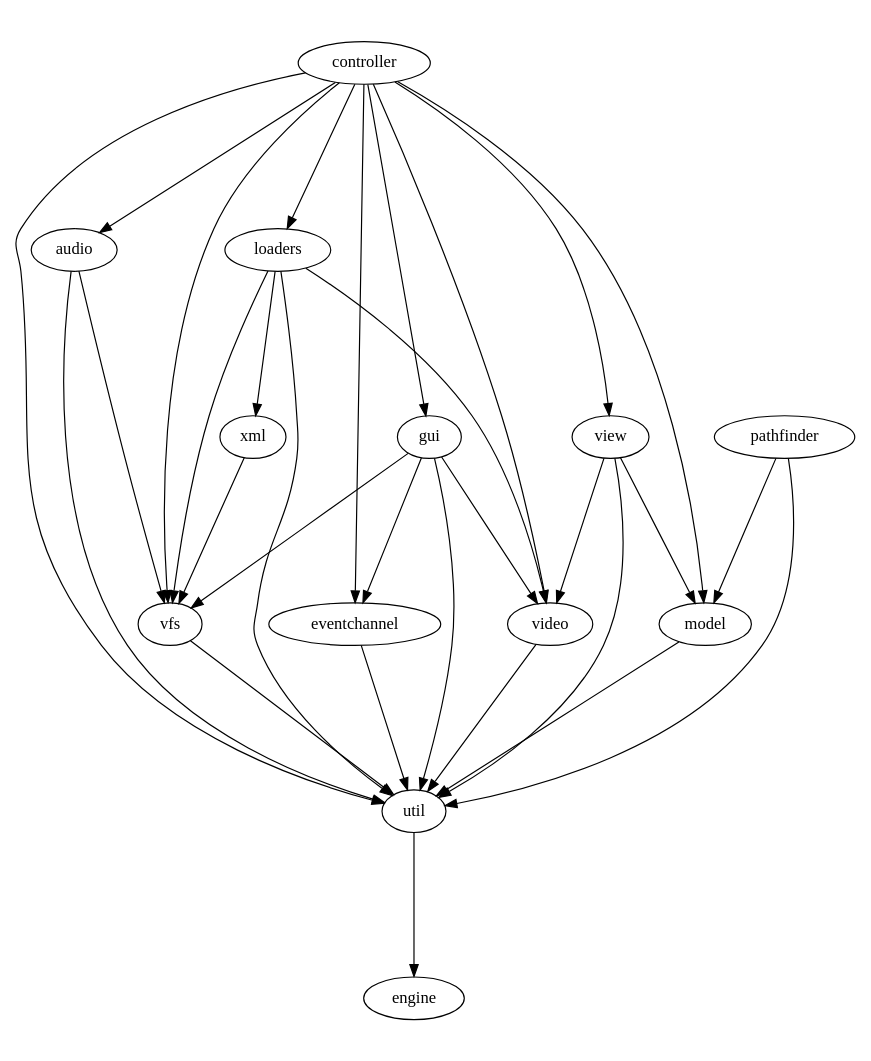
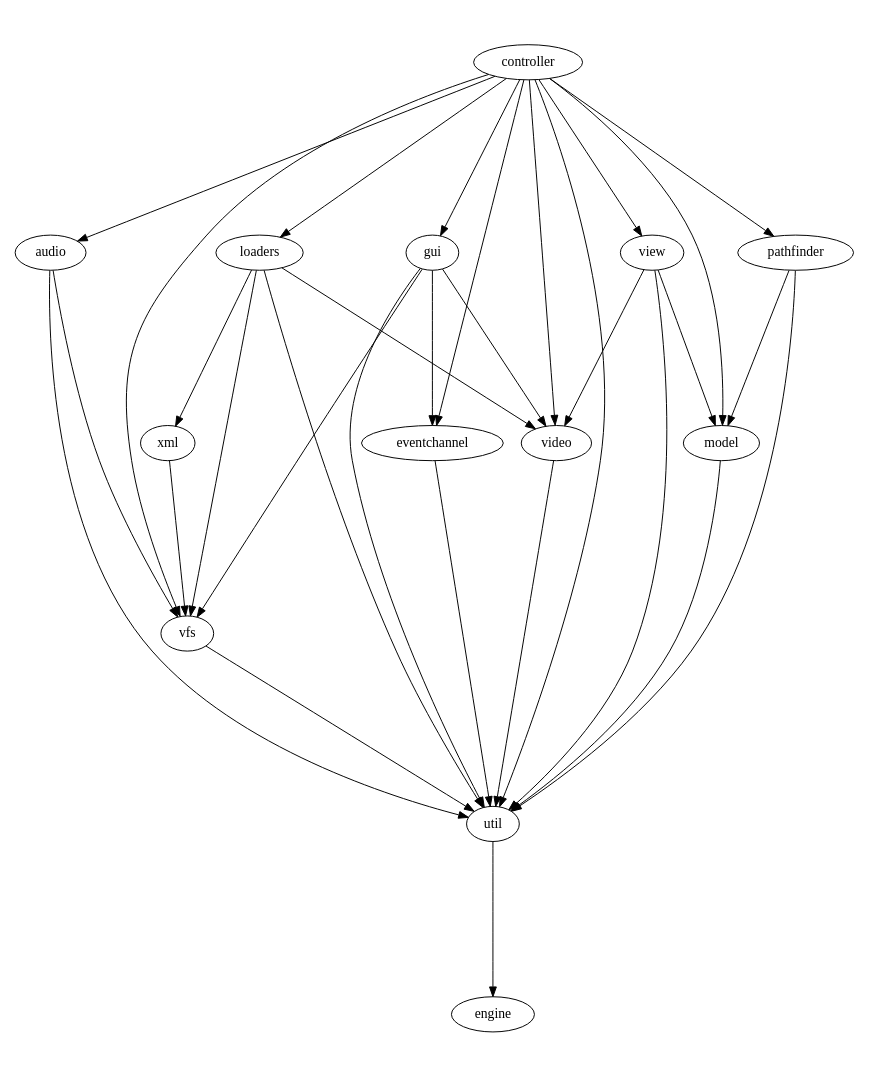
Before and after one commit to fifengine/fifengine: the diagram in doc/dependencies/moduledeps.dot, drawn with Graphviz. The commit also changed 24 other files, not shown here.

```diff
--- a/doc/dependencies/moduledeps.dot
+++ b/doc/dependencies/moduledeps.dot
@@ -1,38 +1,39 @@
 digraph "source tree" {
     overlap=scale;
     size="8,10";
     ratio="fill";
     fontsize="16";
     fontname="Helvetica";
     clusterrank="local";
     "audio" -> "util"
     "audio" -> "vfs"
     "controller" -> "audio"
     "controller" -> "eventchannel"
     "controller" -> "gui"
     "controller" -> "loaders"
     "controller" -> "model"
+    "controller" -> "pathfinder"
     "controller" -> "util"
     "controller" -> "vfs"
     "controller" -> "video"
     "controller" -> "view"
     "eventchannel" -> "util"
     "gui" -> "eventchannel"
     "gui" -> "util"
     "gui" -> "vfs"
     "gui" -> "video"
     "loaders" -> "util"
     "loaders" -> "vfs"
     "loaders" -> "video"
     "loaders" -> "xml"
     "model" -> "util"
     "pathfinder" -> "model"
     "pathfinder" -> "util"
     "util" -> "engine"
     "vfs" -> "util"
     "video" -> "util"
     "view" -> "model"
     "view" -> "util"
     "view" -> "video"
     "xml" -> "vfs"
 }
```
